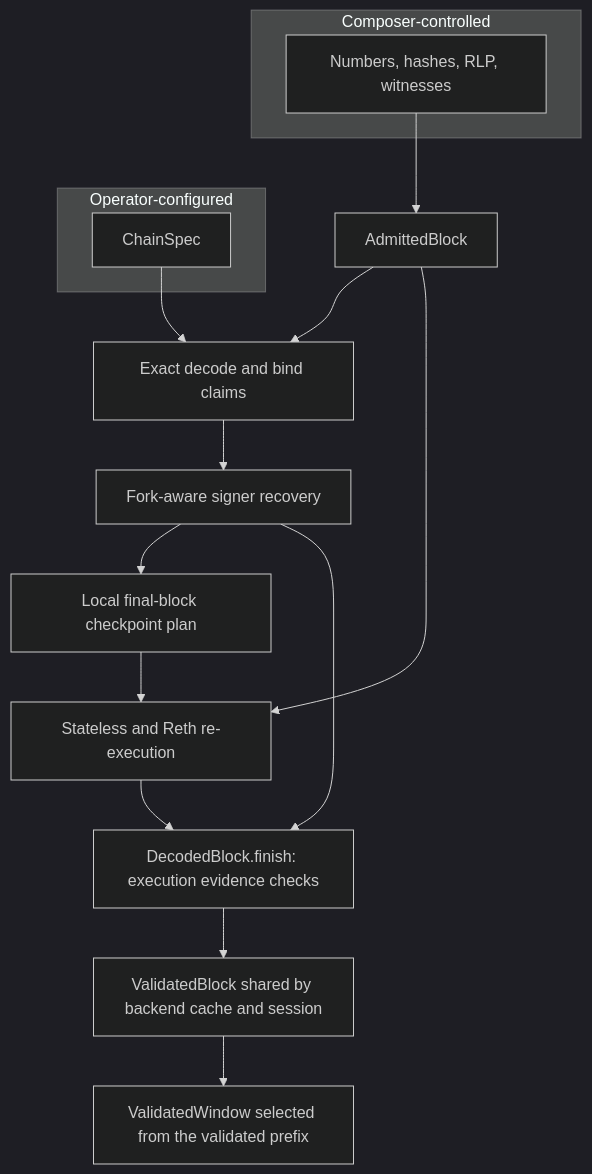
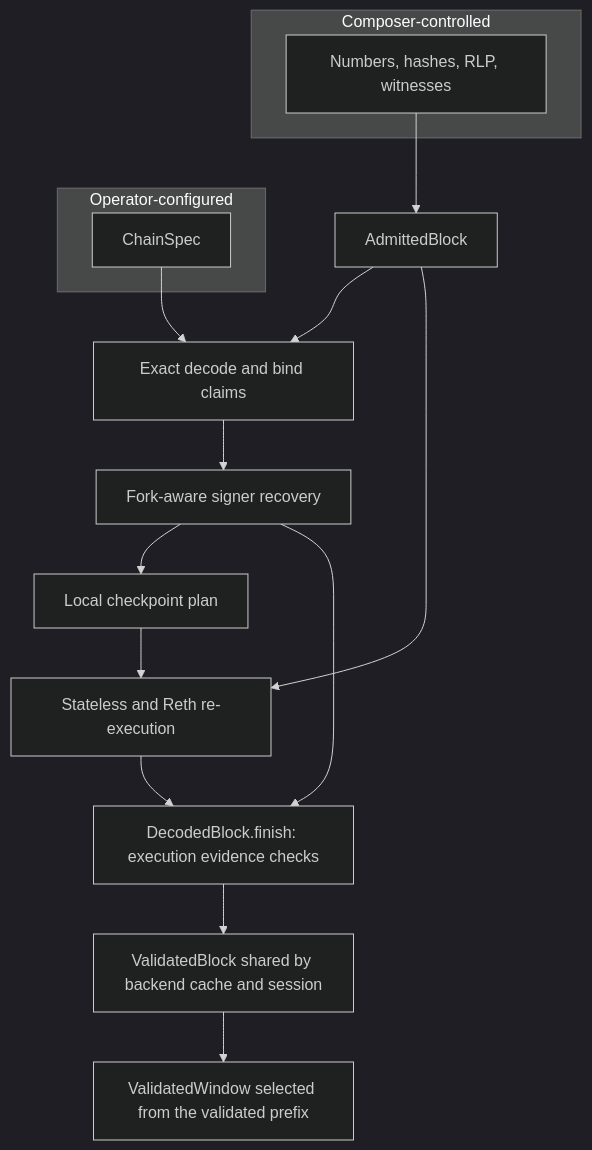
Before and after one commit to eez-association/eez-rollup0: the diagram in crates/eez-proof-signer/docs/validation-evidence.md, drawn with Mermaid (dark theme). The commit also changed other lines of this file and 49 other files, not shown here.

````diff
--- a/crates/eez-proof-signer/docs/validation-evidence.md
+++ b/crates/eez-proof-signer/docs/validation-evidence.md
@@ -16,22 +16,22 @@
 ```mermaid
 flowchart TB
     subgraph composer["Composer-controlled"]
         IN[Numbers, hashes, RLP, witnesses]
     end
     subgraph operator["Operator-configured"]
         CHAIN[ChainSpec]
     end
 
     IN --> A[AdmittedBlock]
     A --> BIND[Exact decode and bind claims]
     CHAIN --> BIND
     BIND --> RECOVER[Fork-aware signer recovery]
-    RECOVER --> PLAN[Local final-block checkpoint plan]
+    RECOVER --> PLAN[Local checkpoint plan]
     PLAN --> EXEC[Stateless and Reth re-execution]
     A --> EXEC
 
     EXEC --> CHECK[DecodedBlock.finish: execution evidence checks]
     RECOVER --> CHECK
     CHECK --> VB[ValidatedBlock shared by backend cache and session]
     VB --> VW[ValidatedWindow selected from the validated prefix]
 ```
````
